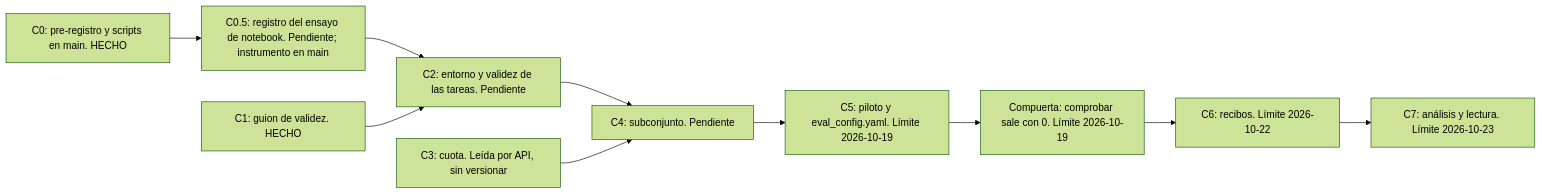
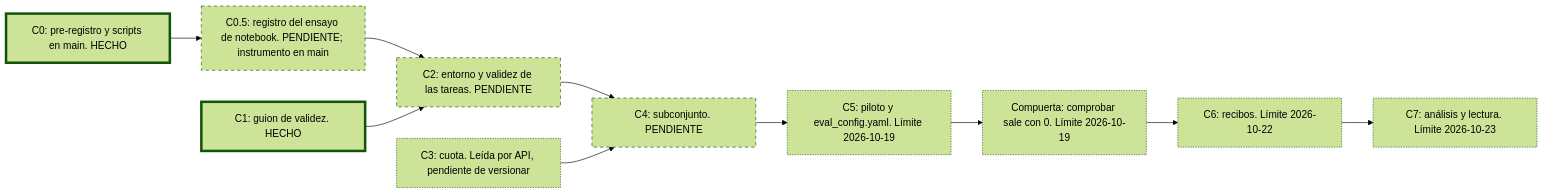
The fifth of 6 diagrams in experiments/gemma_developer_agent/README.md (cherrera0001/Agents_Learning_Loops), drawn with Mermaid (forest theme) before and after one commit. The commit also changed other lines of this file and 5 other files, not shown here.

````diff
--- a/experiments/gemma_developer_agent/README.md
+++ b/experiments/gemma_developer_agent/README.md
@@ -597,22 +704,32 @@
 ```mermaid
 flowchart LR
     C0["C0: pre-registro y scripts en main. HECHO"]
-    C05["C0.5: registro del ensayo de notebook. Pendiente; instrumento en main"]
+    C05["C0.5: registro del ensayo de notebook. PENDIENTE; instrumento en main"]
     C1["C1: guion de validez. HECHO"]
-    C2["C2: entorno y validez de las tareas. Pendiente"]
-    C3["C3: cuota. Leída por API, sin versionar"]
-    C4["C4: subconjunto. Pendiente"]
+    C2["C2: entorno y validez de las tareas. PENDIENTE"]
+    C3["C3: cuota. Leída por API, pendiente de versionar"]
+    C4["C4: subconjunto. PENDIENTE"]
     C5["C5: piloto y eval_config.yaml. Límite 2026-10-19"]
     G["Compuerta: comprobar sale con 0. Límite 2026-10-19"]
     C6["C6: recibos. Límite 2026-10-22"]
     C7["C7: análisis y lectura. Límite 2026-10-23"]
     C0 --> C05
     C05 --> C2
     C1 --> C2
     C2 --> C4
     C3 --> C4
     C4 --> C5
     C5 --> G
     G --> C6
     C6 --> C7
+    style C0 stroke-width:4px
+    style C1 stroke-width:4px
+    style C05 stroke-dasharray: 5 5
+    style C2 stroke-dasharray: 5 5
+    style C4 stroke-dasharray: 5 5
+    style C3 stroke-dasharray: 2 2
+    style C5 stroke-dasharray: 2 2
+    style G stroke-dasharray: 2 2
+    style C6 stroke-dasharray: 2 2
+    style C7 stroke-dasharray: 2 2
 ```
````
